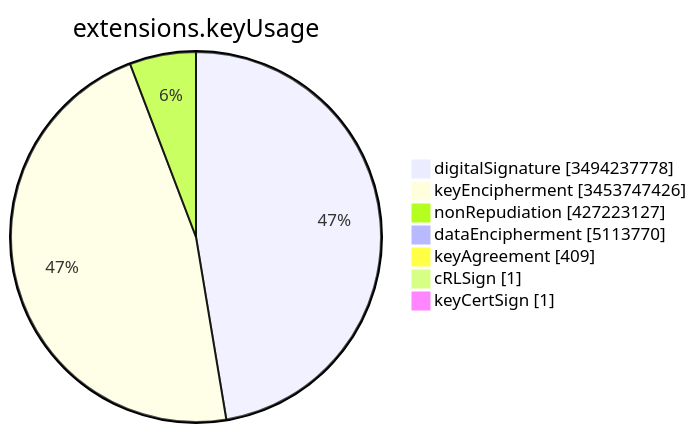
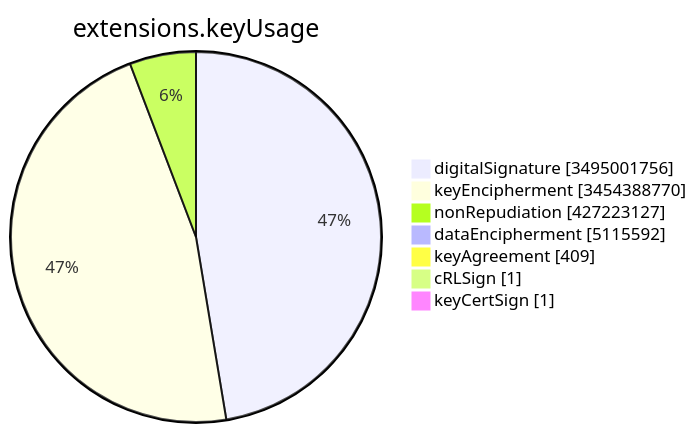
One commit to christiankrug/ctmonitor_visualization changed the sixth of 15 diagrams in TOTAL/README.md. Above: the diagram before and after it, drawn with Mermaid. The commit also changed other lines of this file, not shown here.

````diff
--- a/TOTAL/README.md
+++ b/TOTAL/README.md
@@ -3083,11 +3083,11 @@
 ```mermaid
 pie showData
 title extensions.keyUsage
-"digitalSignature" :3494237778
-"keyEncipherment" :3453747426
+"digitalSignature" :3495001756
+"keyEncipherment" :3454388770
 "nonRepudiation" :427223127
-"dataEncipherment" :5113770
+"dataEncipherment" :5115592
 "keyAgreement" :409
 "cRLSign" :1
 "keyCertSign" :1
 ```
````
